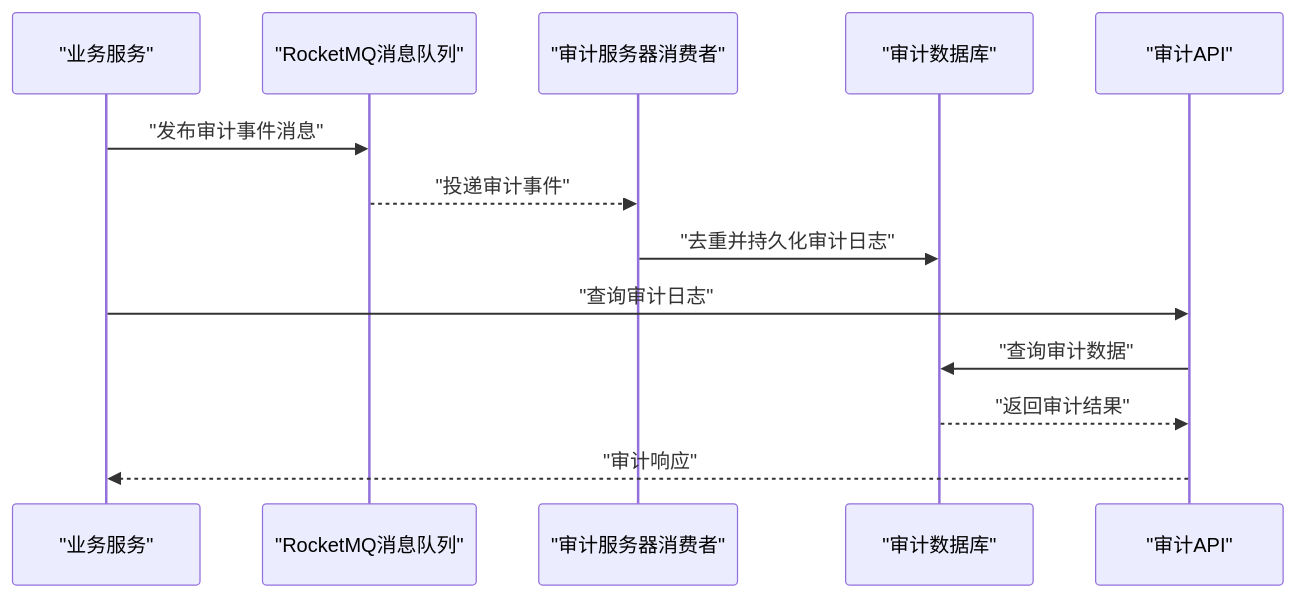
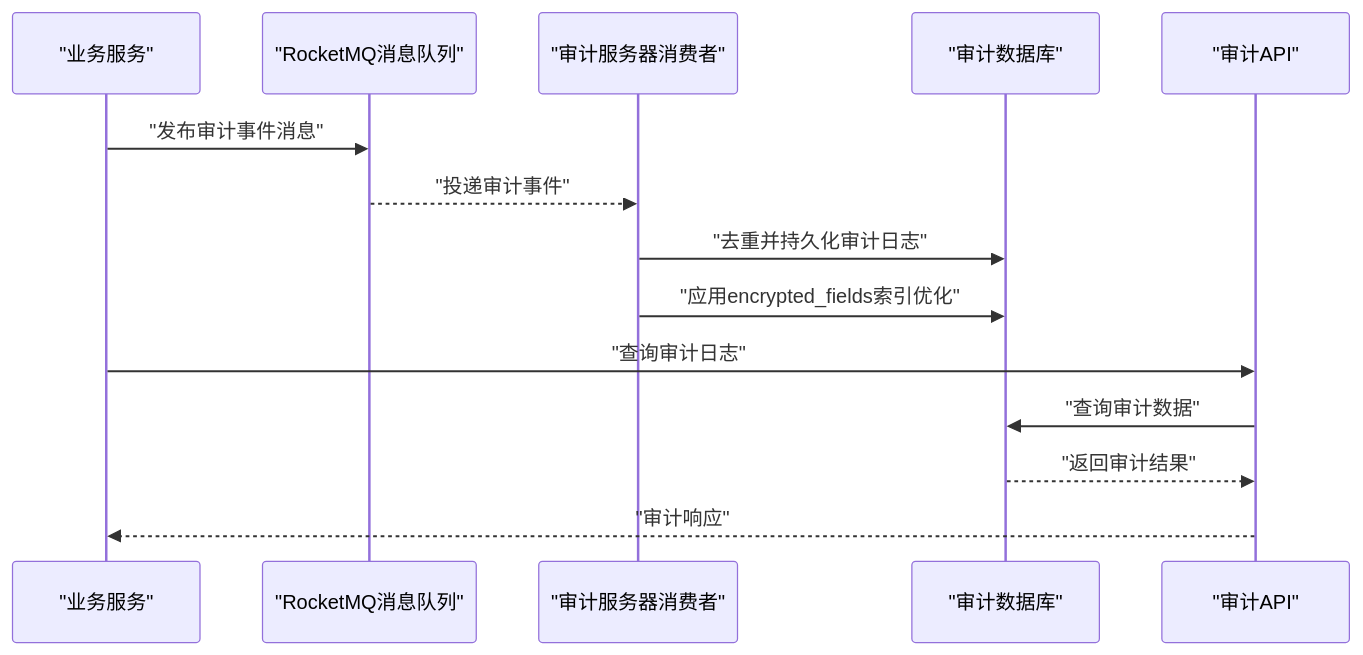
Before and after one commit to fq0121104930716/iam-platform: the second of 6 diagrams in .qoder/repowiki/zh/content/项目概述/项目结构/管理服务器 (iam-admin-server)/审计日志系统.md, drawn with Mermaid. The commit also changed other lines of this file and 46 other files, not shown here.

````diff
--- a/.qoder/repowiki/zh/content/项目概述/项目结构/管理服务器 (iam-admin-server)/审计日志系统.md
+++ b/.qoder/repowiki/zh/content/项目概述/项目结构/管理服务器 (iam-admin-server)/审计日志系统.md
@@ -167,15 +168,16 @@
 ```mermaid
 sequenceDiagram
 participant Service as "业务服务"
 participant MQ as "RocketMQ消息队列"
 participant Consumer as "审计服务器消费者"
 participant DB as "审计数据库"
 participant API as "审计API"
 Service->>MQ : "发布审计事件消息"
 MQ-->>Consumer : "投递审计事件"
 Consumer->>DB : "去重并持久化审计日志"
+Consumer->>DB : "应用encrypted_fields索引优化"
 Service->>API : "查询审计日志"
 API->>DB : "查询审计数据"
 DB-->>API : "返回审计结果"
 API-->>Service : "审计响应"
 ```
````
